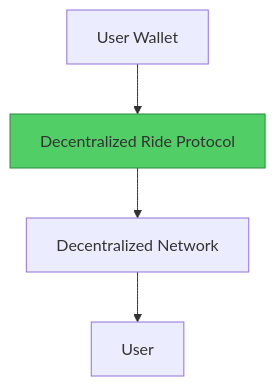
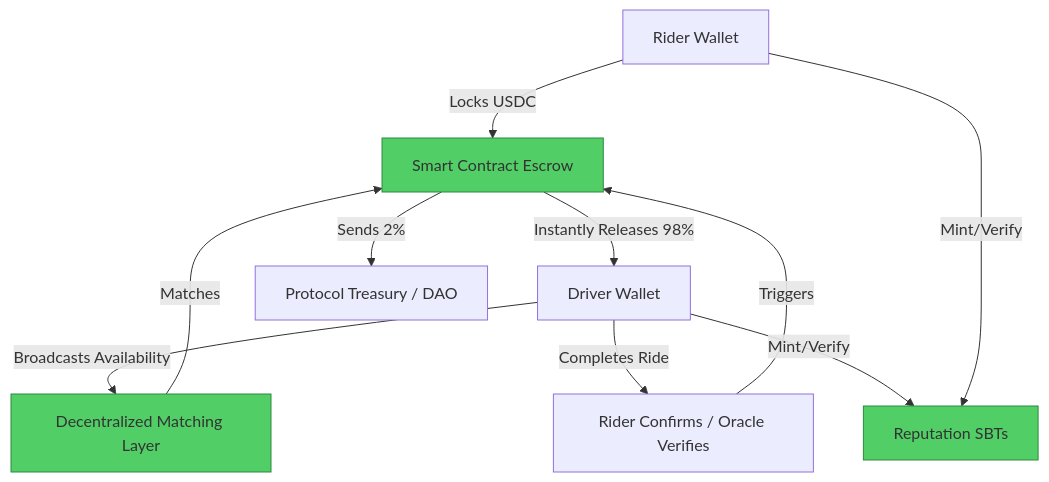
The second of 2 diagrams in 08-marketplaces/02-uber-to-decentralized-ride.md (Elvatar2/Web2-To-Web3-Migration-Guide), drawn with Mermaid before and after one commit. The commit also changed other lines of this file, not shown here.

````diff
--- a/08-marketplaces/02-uber-to-decentralized-ride.md
+++ b/08-marketplaces/02-uber-to-decentralized-ride.md
@@ -63,8 +79,15 @@
 ```mermaid
 graph TB
-    A[User Wallet] --> B[Decentralized Ride Protocol]
-    B --> C[Decentralized Network]
-    C --> D[User]
+    A[Rider Wallet] -->|Locks USDC| B[Smart Contract Escrow]
+    C[Driver Wallet] -->|Broadcasts Availability| D[Decentralized Matching Layer]
+    D -->|Matches| B
+    C -->|Completes Ride| E[Rider Confirms / Oracle Verifies]
+    E -->|Triggers| B
+    B -->|Instantly Releases 98%| C
+    B -->|Sends 2%| F[Protocol Treasury / DAO]
+    C & A -->|Mint/Verify| G[Reputation SBTs]
 
     style B fill:#51cf66,stroke:#2b8a3e
+    style D fill:#51cf66,stroke:#2b8a3e
+    style G fill:#51cf66,stroke:#2b8a3e
 ```
````
